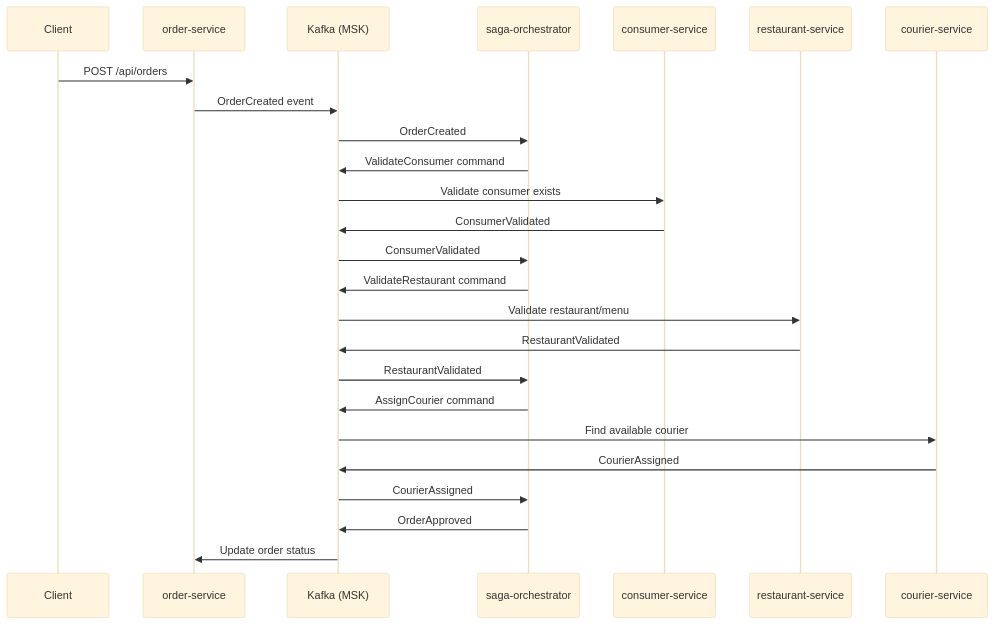
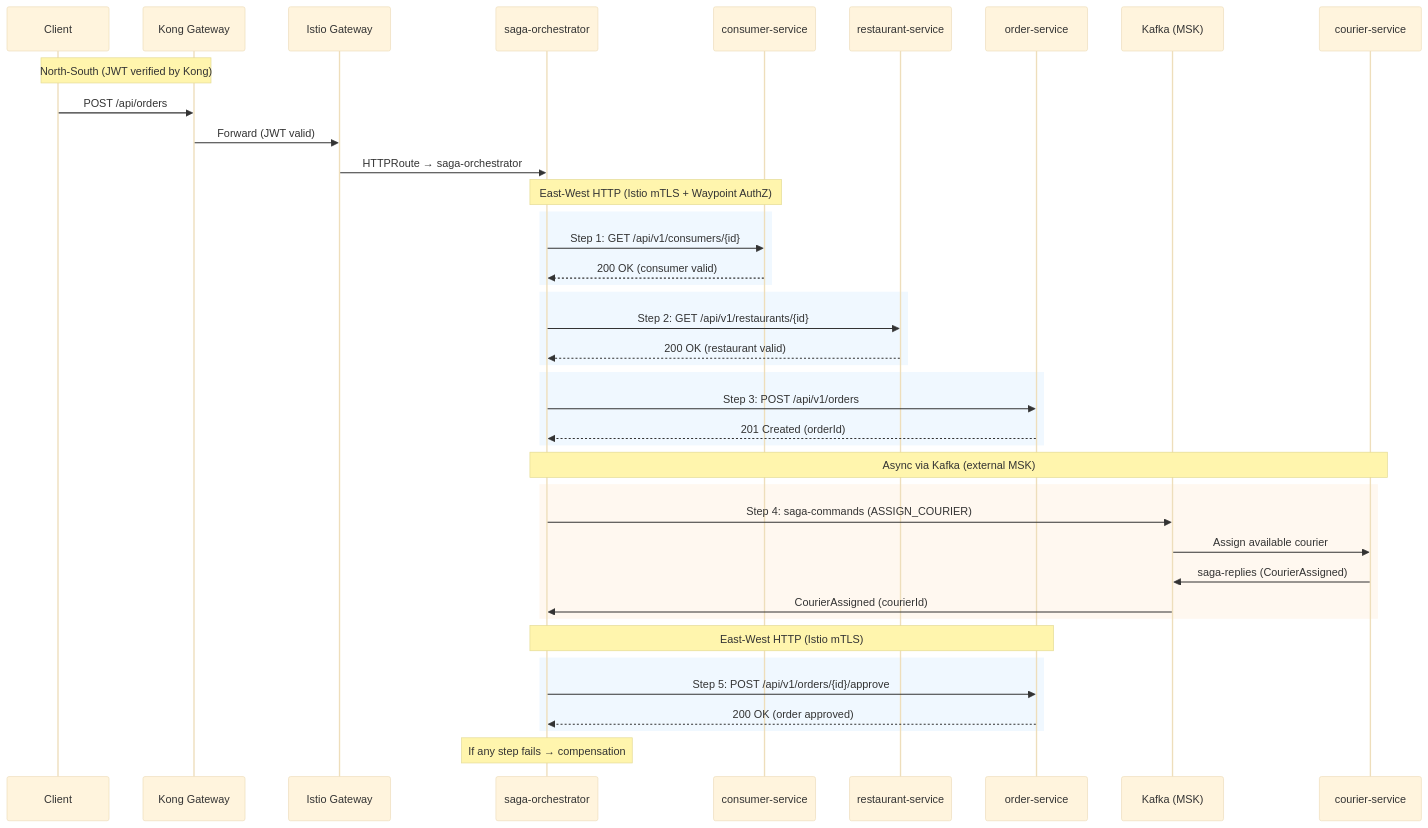
The ninth of 15 diagrams in README.md (shanaka-versent/Kong-Konnect-Cloud-Gateway-on-EKS), drawn with Mermaid (base theme) before and after one commit. The commit also changed other lines of this file, not shown here.

First line of the commit message:
Document east-west traffic patterns, Istio mesh communication, and auth flow

````diff
--- a/README.md
+++ b/README.md
@@ -398,28 +544,49 @@
 ```mermaid
 sequenceDiagram
     participant C as Client
-    participant O as order-service
-    participant K as Kafka (MSK)
+    participant Kong as Kong Gateway
+    participant IG as Istio Gateway
     participant S as saga-orchestrator
     participant CS as consumer-service
     participant RS as restaurant-service
+    participant O as order-service
+    participant K as Kafka (MSK)
     participant CR as courier-service
 
-    C->>O: POST /api/orders
-    O->>K: OrderCreated event
-    K->>S: OrderCreated
-    S->>K: ValidateConsumer command
-    K->>CS: Validate consumer exists
-    CS->>K: ConsumerValidated
-    K->>S: ConsumerValidated
-    S->>K: ValidateRestaurant command
-    K->>RS: Validate restaurant/menu
-    RS->>K: RestaurantValidated
-    K->>S: RestaurantValidated
-    S->>K: AssignCourier command
-    K->>CR: Find available courier
-    CR->>K: CourierAssigned
-    K->>S: CourierAssigned
-    S->>K: OrderApproved
-    K->>O: Update order status
+    Note over C,Kong: North-South (JWT verified by Kong)
+    C->>Kong: POST /api/orders
+    Kong->>IG: Forward (JWT valid)
+    IG->>S: HTTPRoute → saga-orchestrator
+
+    Note over S,CS: East-West HTTP (Istio mTLS + Waypoint AuthZ)
+    rect rgb(240, 248, 255)
+        S->>CS: Step 1: GET /api/v1/consumers/{id}
+        CS-->>S: 200 OK (consumer valid)
+    end
+
+    rect rgb(240, 248, 255)
+        S->>RS: Step 2: GET /api/v1/restaurants/{id}
+        RS-->>S: 200 OK (restaurant valid)
+    end
+
+    rect rgb(240, 248, 255)
+        S->>O: Step 3: POST /api/v1/orders
+        O-->>S: 201 Created (orderId)
+    end
+
+    Note over S,CR: Async via Kafka (external MSK)
+    rect rgb(255, 248, 240)
+        S->>K: Step 4: saga-commands (ASSIGN_COURIER)
+        K->>CR: Assign available courier
+        CR->>K: saga-replies (CourierAssigned)
+        K->>S: CourierAssigned (courierId)
+    end
+
+    Note over S,O: East-West HTTP (Istio mTLS)
+    rect rgb(240, 248, 255)
+        S->>O: Step 5: POST /api/v1/orders/{id}/approve
+        O-->>S: 200 OK (order approved)
+    end
+
+    Note over S,S: If any step fails → compensation
 ```
````
